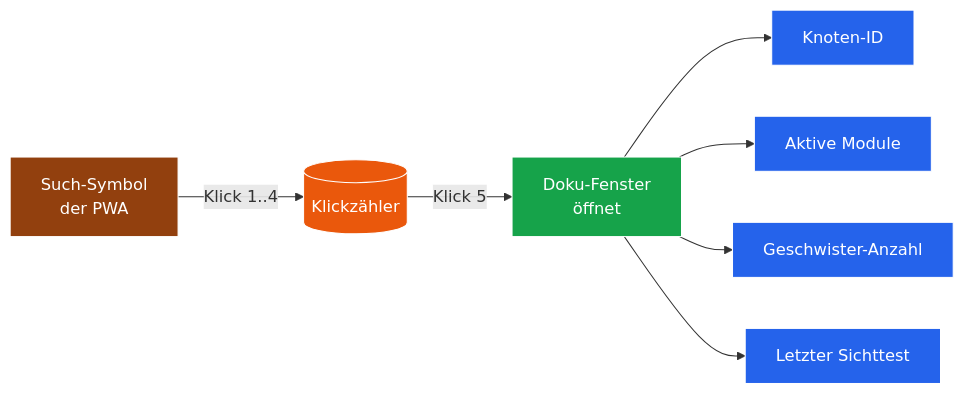
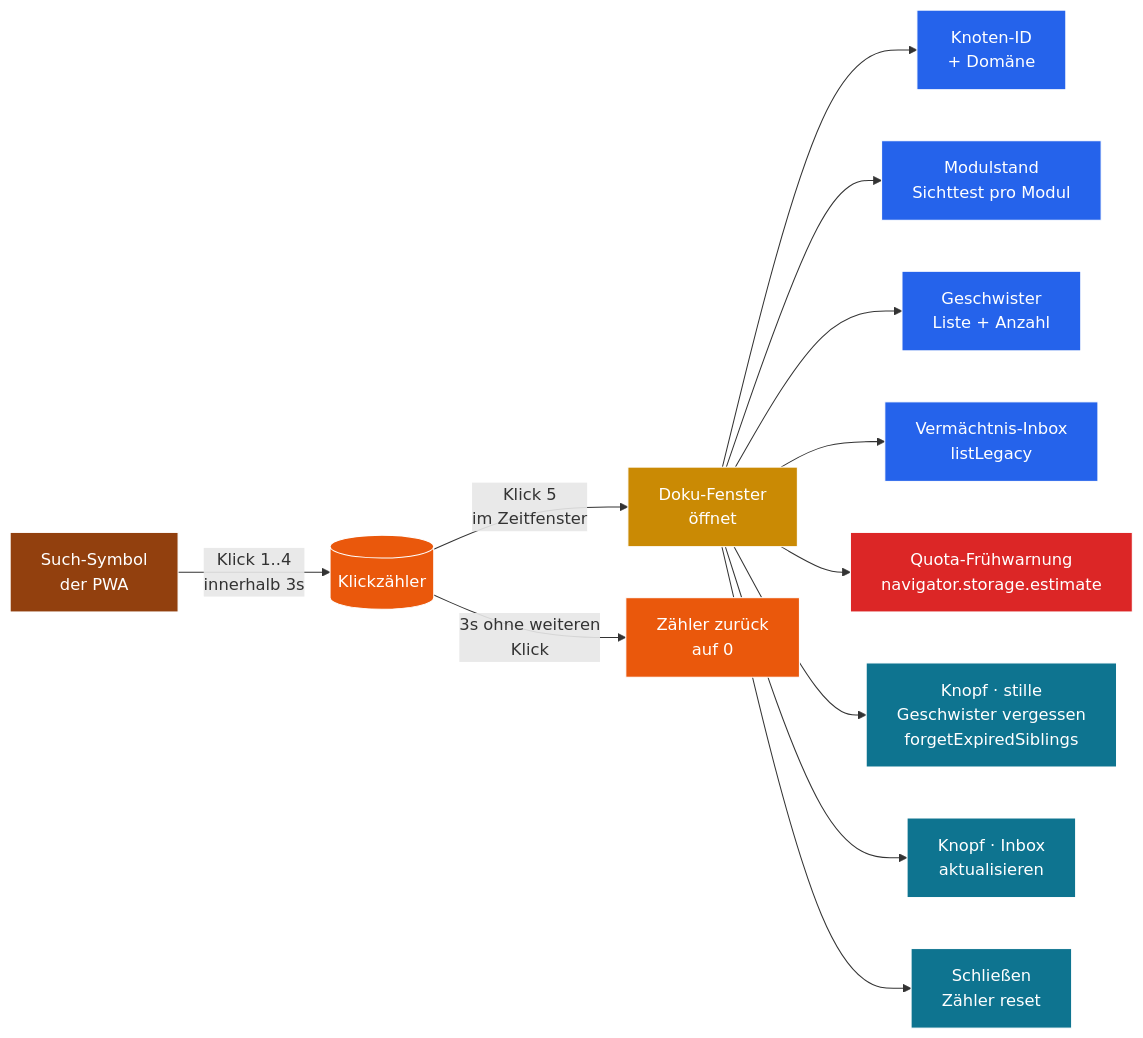
One commit to lausiklauskn-png/Sage-Protokol changed the diagram in docs/components/00_doku_fenster.md. Above: the diagram before and after it, drawn with Mermaid. The commit also changed other lines of this file and 5 other files, not shown here.

````diff
--- a/docs/components/00_doku_fenster.md
+++ b/docs/components/00_doku_fenster.md
@@ -25,18 +47,28 @@
 ```mermaid
 flowchart LR
-  T[Such-Symbol<br/>der PWA] -->|Klick 1..4| C[(Klickzähler)]
-  C -->|Klick 5| W[Doku-Fenster<br/>öffnet]
-  W --> N[Knoten-ID]
-  W --> M[Aktive Module]
-  W --> G[Geschwister-Anzahl]
-  W --> S[Letzter Sichttest]
+  T[Such-Symbol<br/>der PWA] -->|Klick 1..4<br/>innerhalb 3s| C[(Klickzähler)]
+  C -->|Klick 5<br/>im Zeitfenster| W[Doku-Fenster<br/>öffnet]
+  C -->|3s ohne weiteren<br/>Klick| C0[Zähler zurück<br/>auf 0]
+
+  W --> N[Knoten-ID<br/>+ Domäne]
+  W --> M[Modulstand<br/>Sichttest pro Modul]
+  W --> G[Geschwister<br/>Liste + Anzahl]
+  W --> I[Vermächtnis-Inbox<br/>listLegacy]
+  W --> Q[Quota-Frühwarnung<br/>navigator.storage.estimate]
+  W --> B1[Knopf · stille<br/>Geschwister vergessen<br/>forgetExpiredSiblings]
+  W --> B2[Knopf · Inbox<br/>aktualisieren]
+  W --> B3[Schließen<br/>Zähler reset]
 
   classDef trig fill:#92400E,color:#fff,stroke:#fff
-  classDef cnt fill:#EA580C,color:#fff,stroke:#fff
-  classDef win fill:#16A34A,color:#fff,stroke:#fff
+  classDef cnt  fill:#EA580C,color:#fff,stroke:#fff
+  classDef win  fill:#CA8A04,color:#fff,stroke:#fff
   classDef leaf fill:#2563EB,color:#fff,stroke:#fff
+  classDef warn fill:#DC2626,color:#fff,stroke:#fff
+  classDef btn  fill:#0E7490,color:#fff,stroke:#fff
   class T trig
-  class C cnt
+  class C,C0 cnt
   class W win
-  class N,M,G,S leaf
+  class N,M,G,I leaf
+  class Q warn
+  class B1,B2,B3 btn
 ```
````
